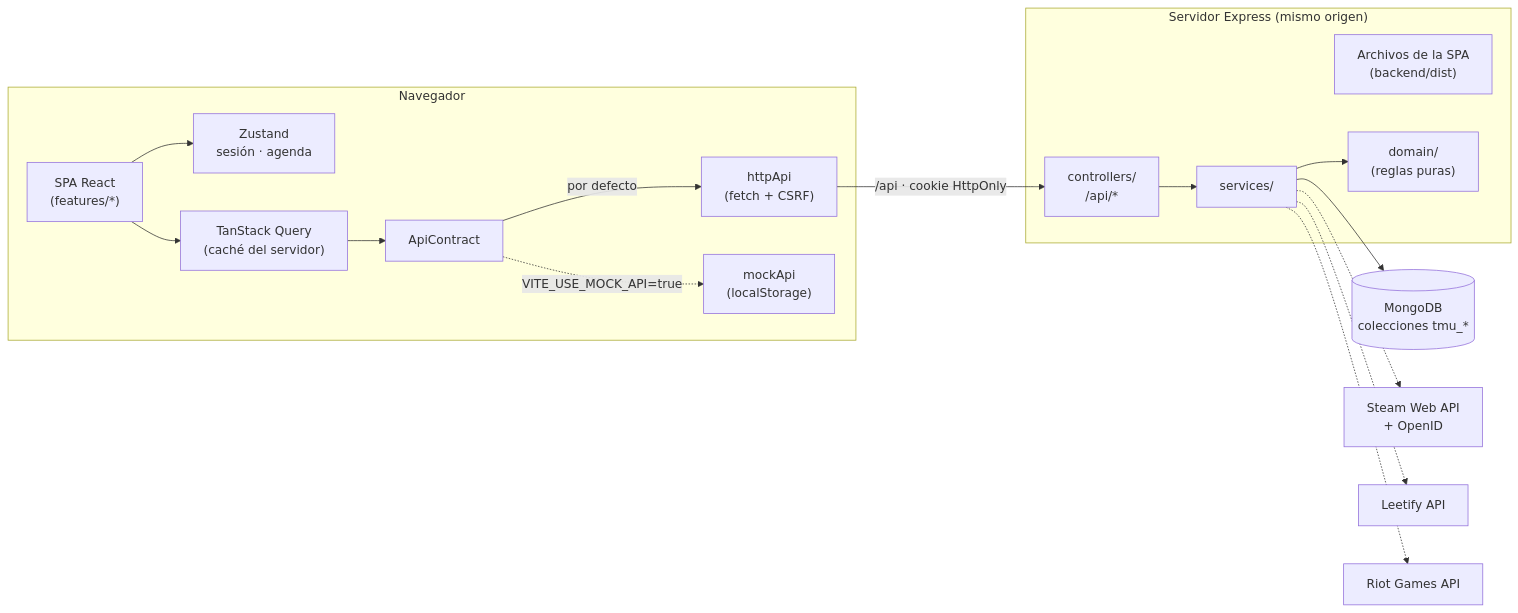
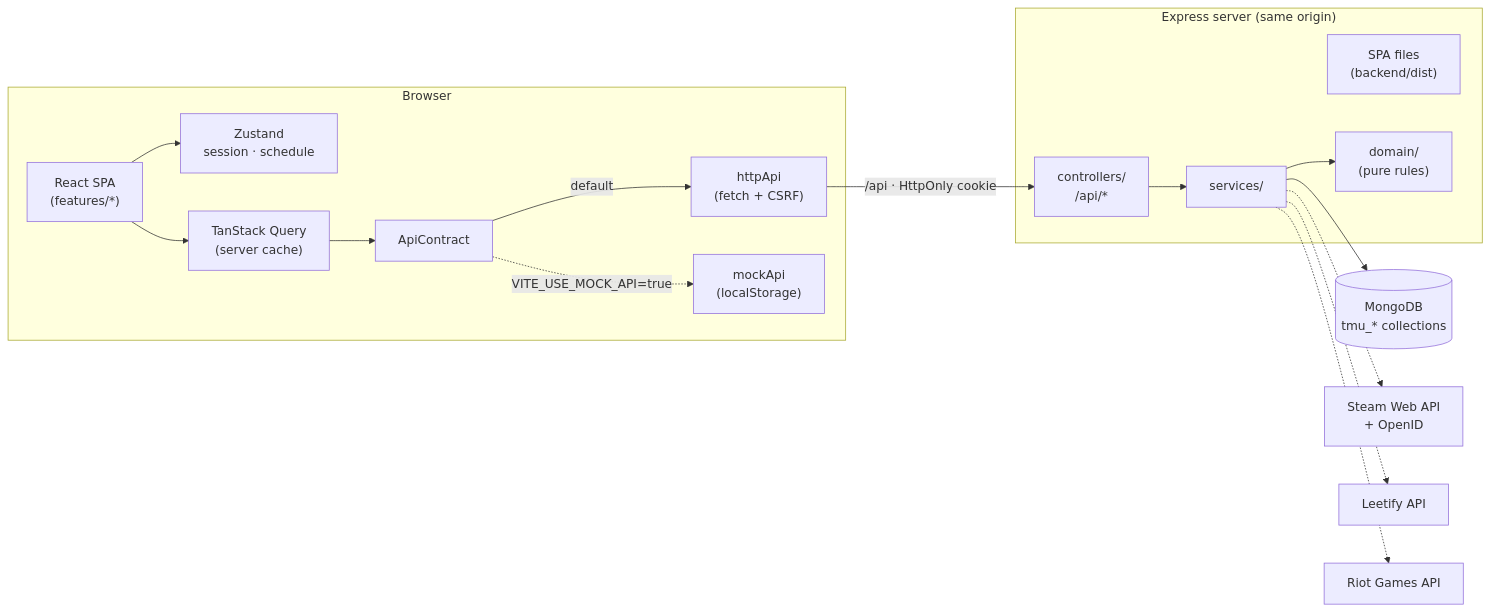
The diagram in README.md (MarSel0o0/TeamMatchUp-Activo), drawn with Mermaid before and after one commit. The commit also changed other lines of this file and 7 other files, not shown here.

````diff
--- a/README.md
+++ b/README.md
@@ -119,29 +124,29 @@
 ```mermaid
 flowchart LR
-    subgraph Navegador
-        UI["SPA React<br/>(features/*)"]
-        Stores["Zustand<br/>sesión · agenda"]
-        RQ["TanStack Query<br/>(caché del servidor)"]
+    subgraph Browser
+        UI["React SPA<br/>(features/*)"]
+        Stores["Zustand<br/>session · schedule"]
+        RQ["TanStack Query<br/>(server cache)"]
         Contract["ApiContract"]
         Http["httpApi<br/>(fetch + CSRF)"]
         Mock["mockApi<br/>(localStorage)"]
         UI --> Stores
         UI --> RQ --> Contract
-        Contract -->|por defecto| Http
+        Contract -->|default| Http
         Contract -.->|VITE_USE_MOCK_API=true| Mock
     end
 
-    subgraph Servidor["Servidor Express (mismo origen)"]
-        Static["Archivos de la SPA<br/>(backend/dist)"]
+    subgraph Server["Express server (same origin)"]
+        Static["SPA files<br/>(backend/dist)"]
         Ctrl["controllers/<br/>/api/*"]
         Svc["services/"]
-        Dom["domain/<br/>(reglas puras)"]
+        Dom["domain/<br/>(pure rules)"]
         Ctrl --> Svc --> Dom
     end
 
-    Http -->|"/api · cookie HttpOnly"| Ctrl
-    Svc --> DB[("MongoDB<br/>colecciones tmu_*")]
+    Http -->|"/api · HttpOnly cookie"| Ctrl
+    Svc --> DB[("MongoDB<br/>tmu_* collections")]
     Svc -.-> Steam["Steam Web API<br/>+ OpenID"]
     Svc -.-> Leetify["Leetify API"]
     Svc -.-> Riot["Riot Games API"]
 ```
````
